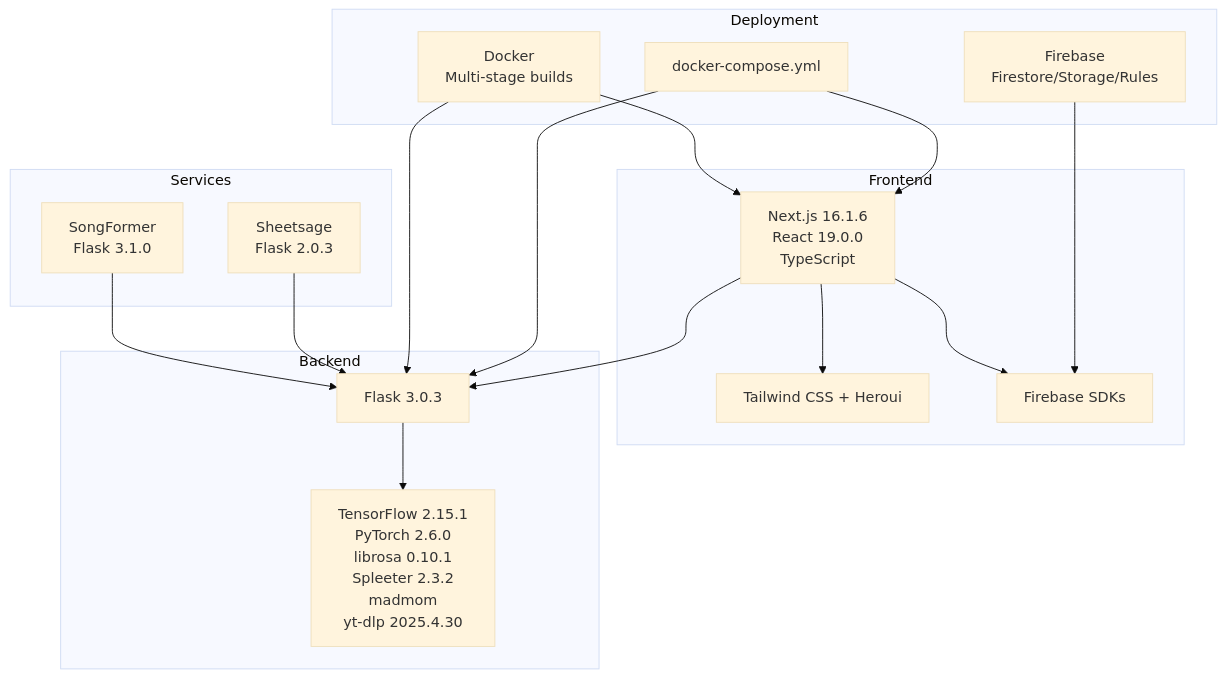
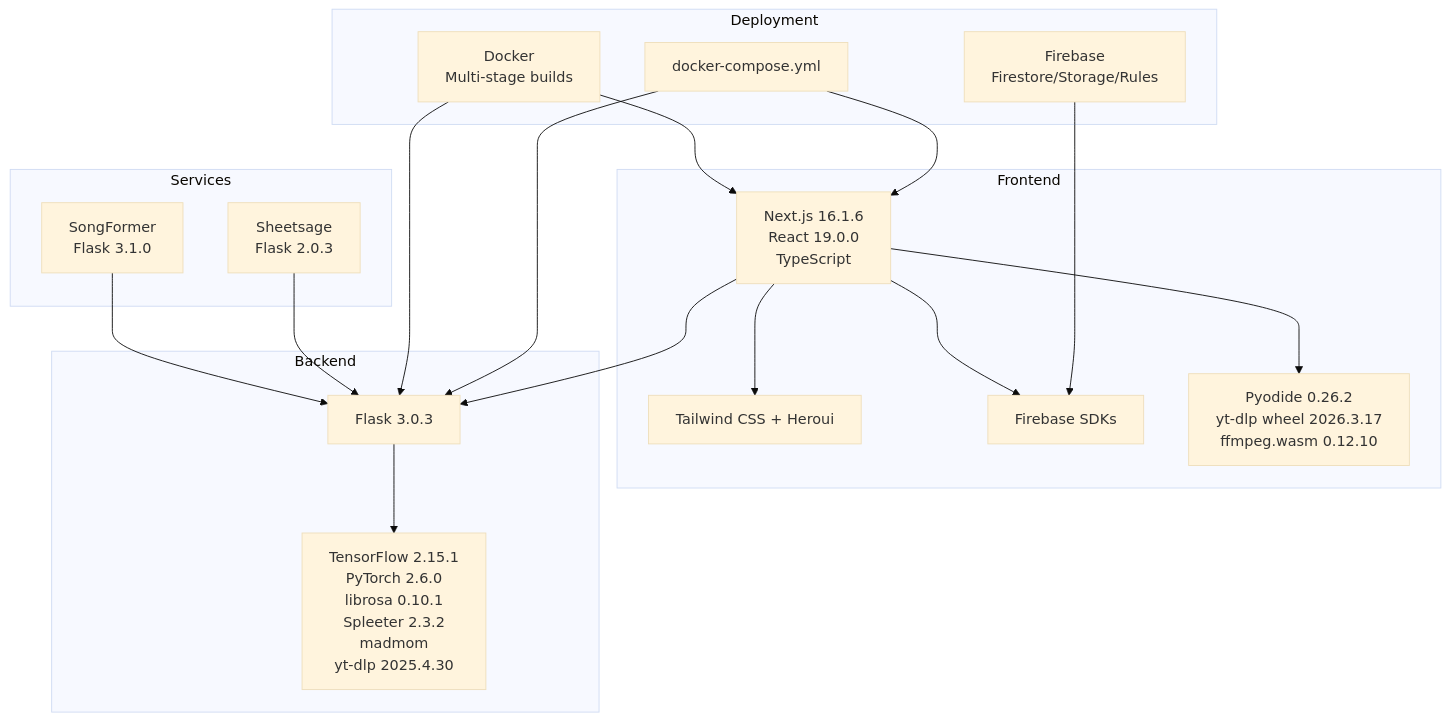
The first of 7 diagrams in .qoder/repowiki/en/content/Project Overview/Technology Stack.md (ptnghia-j/ChordMiniApp), drawn with Mermaid (base theme) before and after one commit. The commit also changed other lines of this file and 32 other files, not shown here.

````diff
--- a/.qoder/repowiki/en/content/Project Overview/Technology Stack.md
+++ b/.qoder/repowiki/en/content/Project Overview/Technology Stack.md
@@ -48,32 +48,34 @@
 ```mermaid
 graph TB
 subgraph "Frontend"
 FE_Next["Next.js 16.1.6<br/>React 19.0.0<br/>TypeScript"]
 FE_UI["Tailwind CSS + Heroui"]
 FE_Firebase["Firebase SDKs"]
+FE_BROWSER_AUDIO["Pyodide 0.26.2<br/>yt-dlp wheel 2026.3.17<br/>ffmpeg.wasm 0.12.10"]
 end
 subgraph "Backend"
 BE_Flask["Flask 3.0.3"]
 BE_ML["TensorFlow 2.15.1<br/>PyTorch 2.6.0<br/>librosa 0.10.1<br/>Spleeter 2.3.2<br/>madmom<br/>yt-dlp 2025.4.30"]
 end
 subgraph "Services"
 SF["SongFormer<br/>Flask 3.1.0"]
 SS["Sheetsage<br/>Flask 2.0.3"]
 end
 subgraph "Deployment"
 DK["Docker<br/>Multi-stage builds"]
 DC["docker-compose.yml"]
 FB["Firebase<br/>Firestore/Storage/Rules"]
 end
 FE_Next --> FE_UI
 FE_Next --> FE_Firebase
+FE_Next --> FE_BROWSER_AUDIO
 FE_Next --> BE_Flask
 BE_Flask --> BE_ML
 SF --> BE_Flask
 SS --> BE_Flask
 DK --> FE_Next
 DK --> BE_Flask
 DC --> FE_Next
 DC --> BE_Flask
 FB --> FE_Firebase
 ```
````
